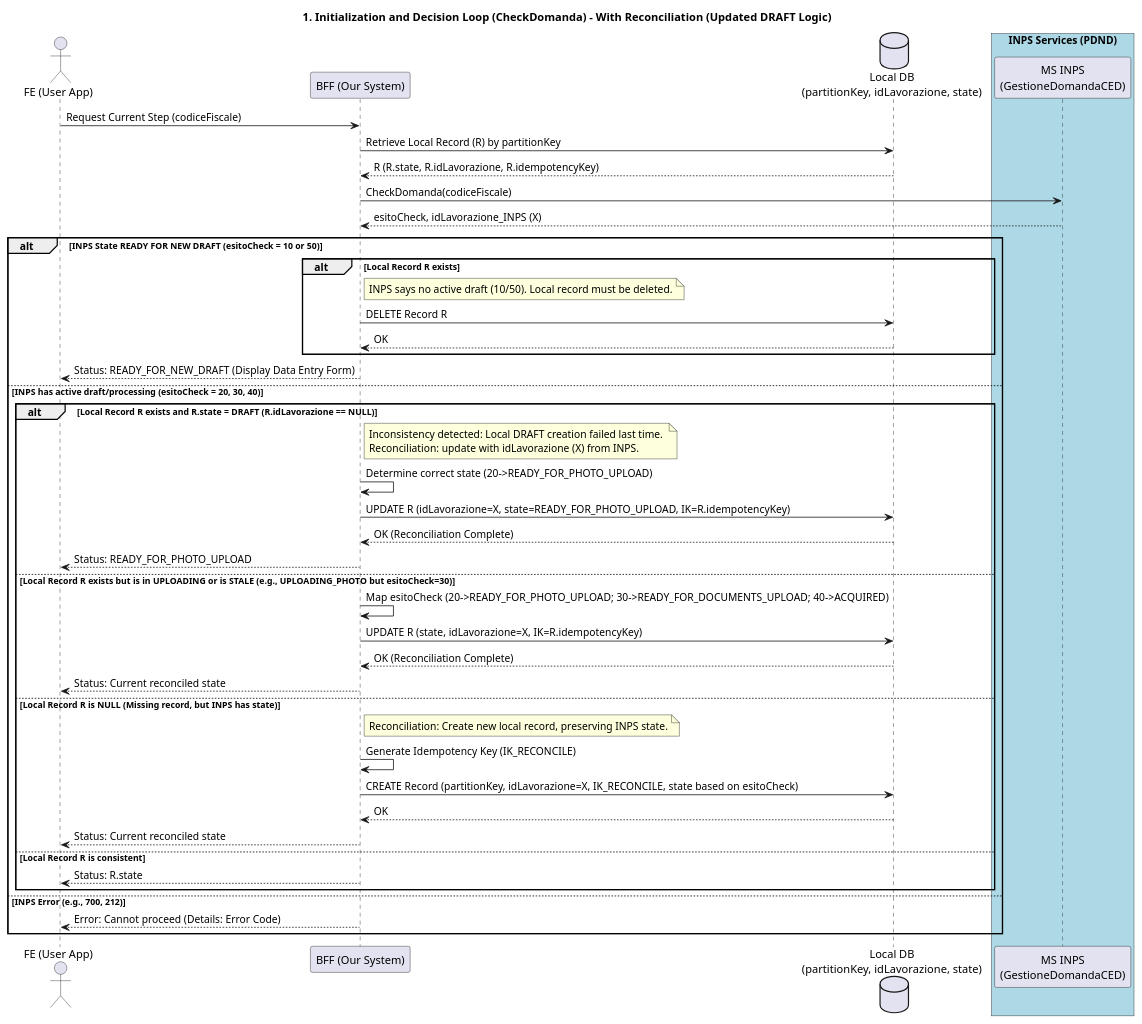
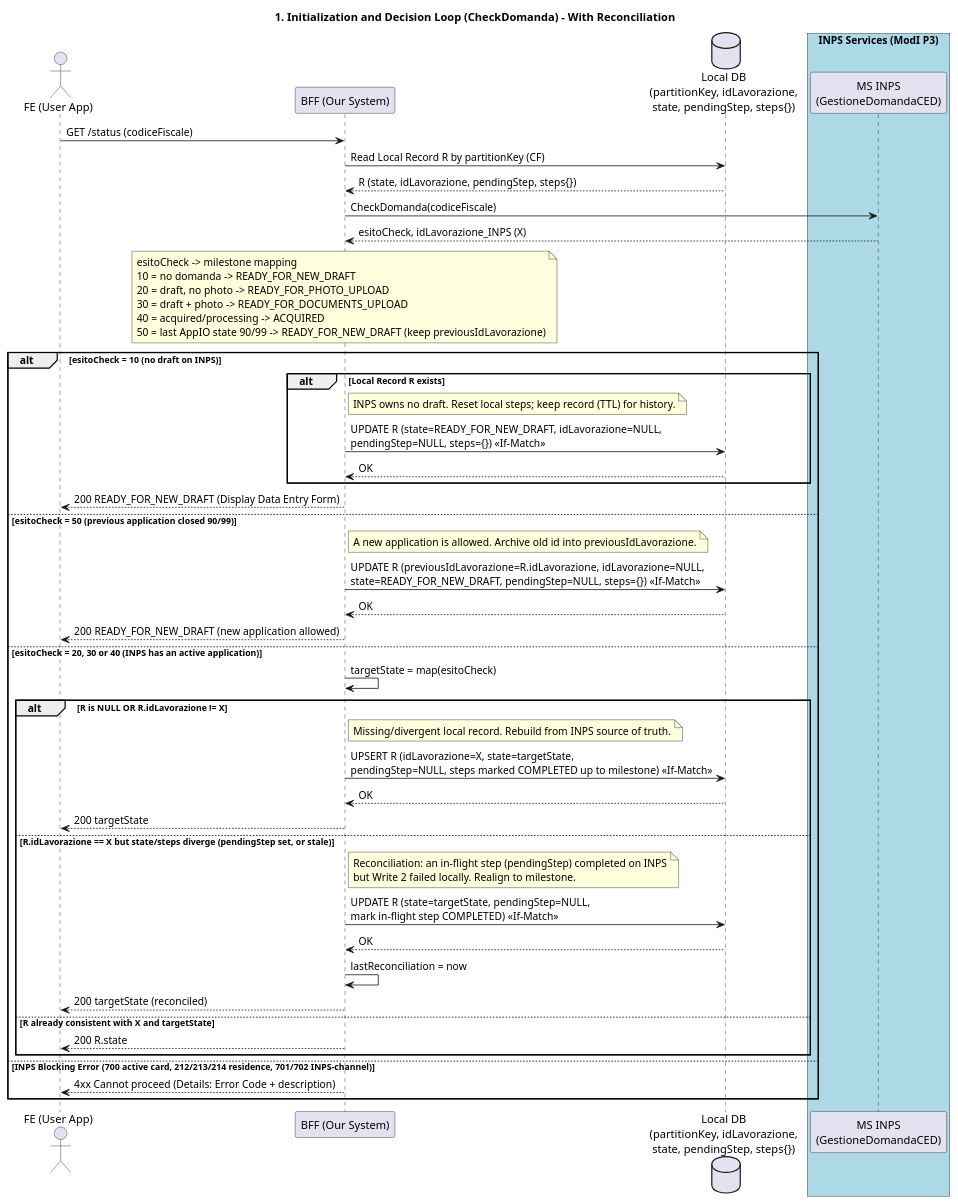
The diagram in docs/ced-card-request/sequence/check_request_sequence.puml (pagopa/io-growth), drawn with PlantUML before and after one commit. The commit also changed 72 other files, not shown here.

```diff
--- a/docs/ced-card-request/sequence/check_request_sequence.puml
+++ b/docs/ced-card-request/sequence/check_request_sequence.puml
@@ -1,57 +1,59 @@
 @startuml Check Request Sequence Diagram
 
 actor "FE (User App)" as FE
 participant "BFF (Our System)" as BFF
-database "Local DB\n(partitionKey, idLavorazione, state)" as DB
-box "INPS Services (PDND)" #LightBlue
+database "Local DB\n(partitionKey, idLavorazione,\nstate, pendingStep, steps{})" as DB
+box "INPS Services (ModI P3)" #LightBlue
   participant "MS INPS\n(GestioneDomandaCED)" as INPS
 end box
 
-title 1. Initialization and Decision Loop (CheckDomanda) - With Reconciliation (Updated DRAFT Logic)
+title 1. Initialization and Decision Loop (CheckDomanda) - With Reconciliation
 
-FE -> BFF: Request Current Step (codiceFiscale)
+FE -> BFF: GET /status (codiceFiscale)
 
-BFF -> DB: Retrieve Local Record (R) by partitionKey
-DB --> BFF: R (R.state, R.idLavorazione, R.idempotencyKey)
+BFF -> DB: Read Local Record R by partitionKey (CF)
+DB --> BFF: R (state, idLavorazione, pendingStep, steps{})
 
 BFF -> INPS: CheckDomanda(codiceFiscale)
 INPS --> BFF: esitoCheck, idLavorazione_INPS (X)
 
-alt INPS State READY FOR NEW DRAFT (esitoCheck = 10 or 50)
+note over BFF: esitoCheck -> milestone mapping\n10 = no domanda -> READY_FOR_NEW_DRAFT\n20 = draft, no photo -> READY_FOR_PHOTO_UPLOAD\n30 = draft + photo -> READY_FOR_DOCUMENTS_UPLOAD\n40 = acquired/processing -> ACQUIRED\n50 = last AppIO state 90/99 -> READY_FOR_NEW_DRAFT (keep previousIdLavorazione)
+
+alt esitoCheck = 10 (no draft on INPS)
     alt Local Record R exists
-        note right of BFF: INPS says no active draft (10/50). Local record must be deleted.
-        BFF -> DB: DELETE Record R
+        note right of BFF: INPS owns no draft. Reset local steps; keep record (TTL) for history.
+        BFF -> DB: UPDATE R (state=READY_FOR_NEW_DRAFT, idLavorazione=NULL,\npendingStep=NULL, steps={}) <<If-Match>>
         DB --> BFF: OK
     end
-    BFF --> FE: Status: READY_FOR_NEW_DRAFT (Display Data Entry Form)
+    BFF --> FE: 200 READY_FOR_NEW_DRAFT (Display Data Entry Form)
 
-else INPS has active draft/processing (esitoCheck = 20, 30, 40)
-    alt Local Record R exists and R.state = DRAFT (R.idLavorazione == NULL)
-        note right of BFF: Inconsistency detected: Local DRAFT creation failed last time. \nReconciliation: update with idLavorazione (X) from INPS.
+else esitoCheck = 50 (previous application closed 90/99)
+    note right of BFF: A new application is allowed. Archive old id into previousIdLavorazione.
+    BFF -> DB: UPDATE R (previousIdLavorazione=R.idLavorazione, idLavorazione=NULL,\nstate=READY_FOR_NEW_DRAFT, pendingStep=NULL, steps={}) <<If-Match>>
+    DB --> BFF: OK
+    BFF --> FE: 200 READY_FOR_NEW_DRAFT (new application allowed)
 
-        BFF -> BFF: Determine correct state (20->READY_FOR_PHOTO_UPLOAD)
-        BFF -> DB: UPDATE R (idLavorazione=X, state=READY_FOR_PHOTO_UPLOAD, IK=R.idempotencyKey)
-        DB --> BFF: OK (Reconciliation Complete)
-        BFF --> FE: Status: READY_FOR_PHOTO_UPLOAD
+else esitoCheck = 20, 30 or 40 (INPS has an active application)
+    BFF -> BFF: targetState = map(esitoCheck)
 
-    else Local Record R exists but is in UPLOADING or is STALE (e.g., UPLOADING_PHOTO but esitoCheck=30)
-        BFF -> BFF: Map esitoCheck (20->READY_FOR_PHOTO_UPLOAD; 30->READY_FOR_DOCUMENTS_UPLOAD; 40->ACQUIRED)
-        BFF -> DB: UPDATE R (state, idLavorazione=X, IK=R.idempotencyKey)
-        DB --> BFF: OK (Reconciliation Complete)
-        BFF --> FE: Status: Current reconciled state
+    alt R is NULL OR R.idLavorazione != X
+        note right of BFF: Missing/divergent local record. Rebuild from INPS source of truth.
+        BFF -> DB: UPSERT R (idLavorazione=X, state=targetState,\npendingStep=NULL, steps marked COMPLETED up to milestone) <<If-Match>>
+        DB --> BFF: OK
+        BFF --> FE: 200 targetState
 
-    else Local Record R is NULL (Missing record, but INPS has state)
-        note right of BFF: Reconciliation: Create new local record, preserving INPS state.
-        BFF -> BFF: Generate Idempotency Key (IK_RECONCILE)
-        BFF -> DB: CREATE Record (partitionKey, idLavorazione=X, IK_RECONCILE, state based on esitoCheck)
+    else R.idLavorazione == X but state/steps diverge (pendingStep set, or stale)
+        note right of BFF: Reconciliation: an in-flight step (pendingStep) completed on INPS\nbut Write 2 failed locally. Realign to milestone.
+        BFF -> DB: UPDATE R (state=targetState, pendingStep=NULL,\nmark in-flight step COMPLETED) <<If-Match>>
         DB --> BFF: OK
-        BFF --> FE: Status: Current reconciled state
+        BFF -> BFF: lastReconciliation = now
+        BFF --> FE: 200 targetState (reconciled)
 
-    else Local Record R is consistent
-        BFF --> FE: Status: R.state
+    else R already consistent with X and targetState
+        BFF --> FE: 200 R.state
     end
 
-else INPS Error (e.g., 700, 212)
-    BFF --> FE: Error: Cannot proceed (Details: Error Code)
+else INPS Blocking Error (700 active card, 212/213/214 residence, 701/702 INPS-channel)
+    BFF --> FE: 4xx Cannot proceed (Details: Error Code + description)
 end
 @enduml
```
